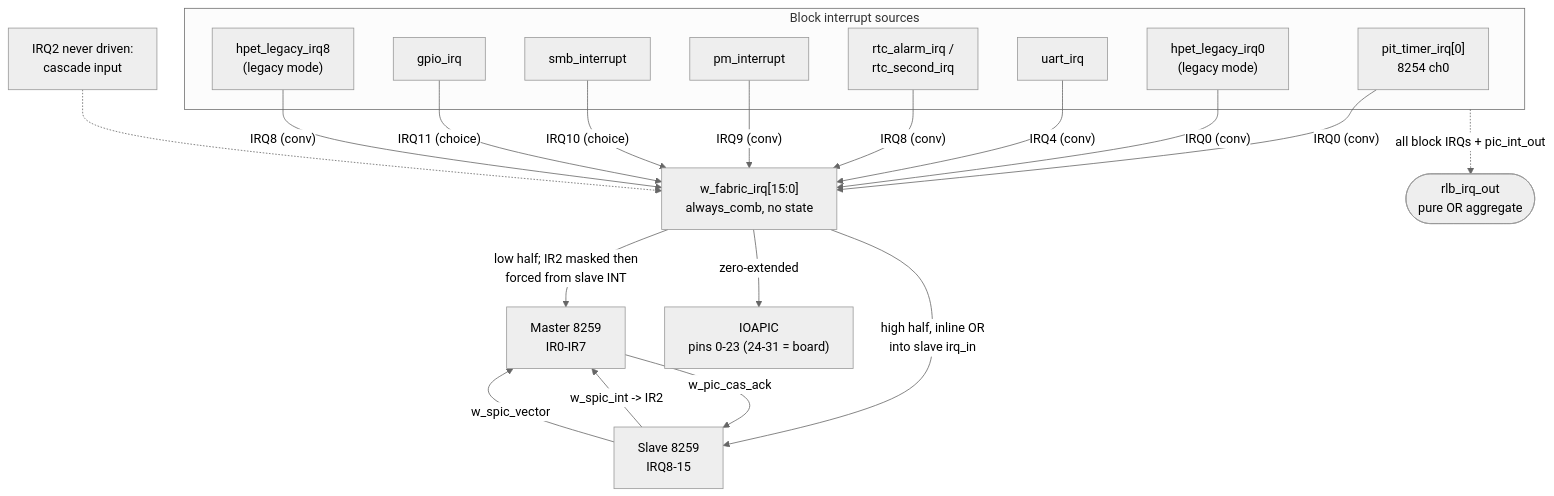
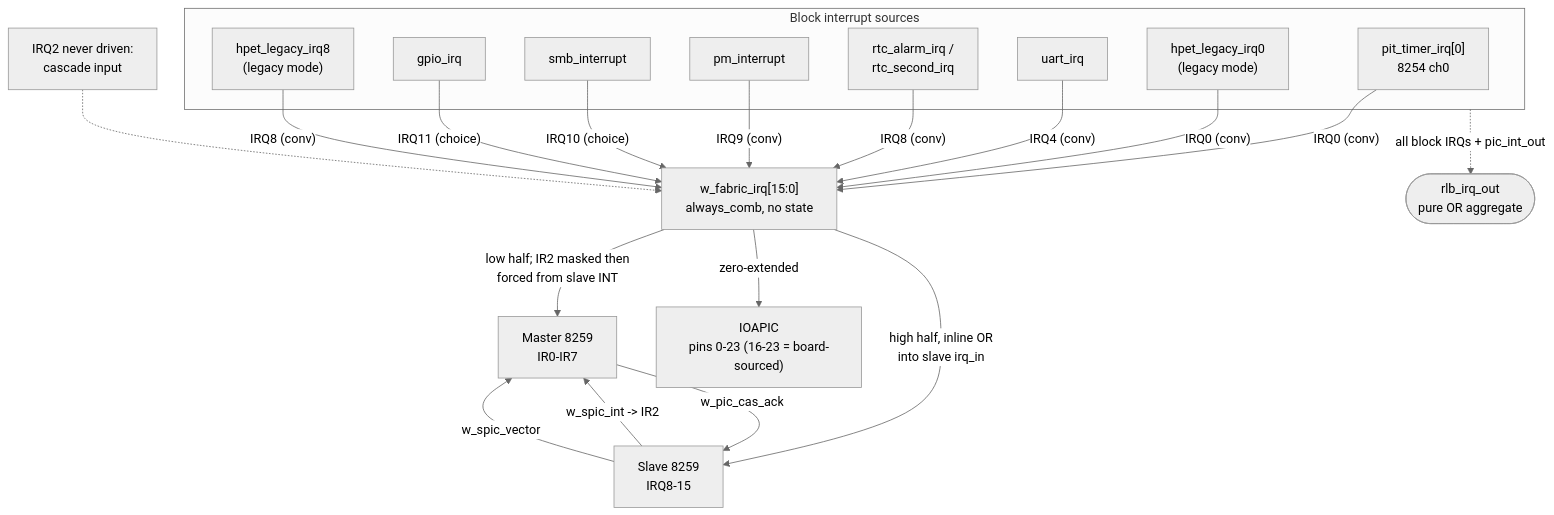
The diagram in projects/components/retro_legacy_blocks/docs/rlb_top_mas/assets/mermaid/rlb_interrupt_fabric.mmd (sean-galloway/RTLDesignSherpa), drawn with Mermaid before and after one commit. The commit also changed 5 other files, not shown here.

First line of the commit message:
docs(rlb_top_mas): review minors -- proof pointer, fabric counts, diagram label

```diff
--- a/projects/components/retro_legacy_blocks/docs/rlb_top_mas/assets/mermaid/rlb_interrupt_fabric.mmd
+++ b/projects/components/retro_legacy_blocks/docs/rlb_top_mas/assets/mermaid/rlb_interrupt_fabric.mmd
@@ -1,41 +1,41 @@
 %%{init: {'theme': 'neutral'}}%%
 flowchart TB
     subgraph SRC["Block interrupt sources"]
         PIT0["pit_timer_irq[0]<br/>8254 ch0"]
         HLI0["hpet_legacy_irq0<br/>(legacy mode)"]
         HLI8["hpet_legacy_irq8<br/>(legacy mode)"]
         UARTI["uart_irq"]
         RTCA["rtc_alarm_irq /<br/>rtc_second_irq"]
         PMI["pm_interrupt"]
         SMBI["smb_interrupt"]
         GPIOI["gpio_irq"]
     end
 
     FAB["w_fabric_irq[15:0]<br/>always_comb, no state"]
 
     PIT0 -->|"IRQ0 (conv)"| FAB
     HLI0 -->|"IRQ0 (conv)"| FAB
     UARTI -->|"IRQ4 (conv)"| FAB
     RTCA -->|"IRQ8 (conv)"| FAB
     PMI -->|"IRQ9 (conv)"| FAB
     SMBI -->|"IRQ10 (choice)"| FAB
     GPIOI -->|"IRQ11 (choice)"| FAB
     HLI8 -->|"IRQ8 (conv)"| FAB
 
     NOTE["IRQ2 never driven:<br/>cascade input"]
     NOTE -.-> FAB
 
     MPIC["Master 8259<br/>IR0-IR7"]
     SPIC["Slave 8259<br/>IRQ8-15"]
-    IOA["IOAPIC<br/>pins 0-23 (24-31 = board)"]
+    IOA["IOAPIC<br/>pins 0-23 (16-23 = board-sourced)"]
 
     FAB -->|"low half; IR2 masked then<br/>forced from slave INT"| MPIC
     FAB -->|"high half, inline OR<br/>into slave irq_in"| SPIC
     FAB -->|"zero-extended"| IOA
 
     SPIC -->|"w_spic_int -> IR2"| MPIC
     MPIC -->|"w_pic_cas_ack"| SPIC
     SPIC -->|"w_spic_vector"| MPIC
 
     AGG(["rlb_irq_out<br/>pure OR aggregate"])
     SRC -.->|"all block IRQs + pic_int_out"| AGG
```
